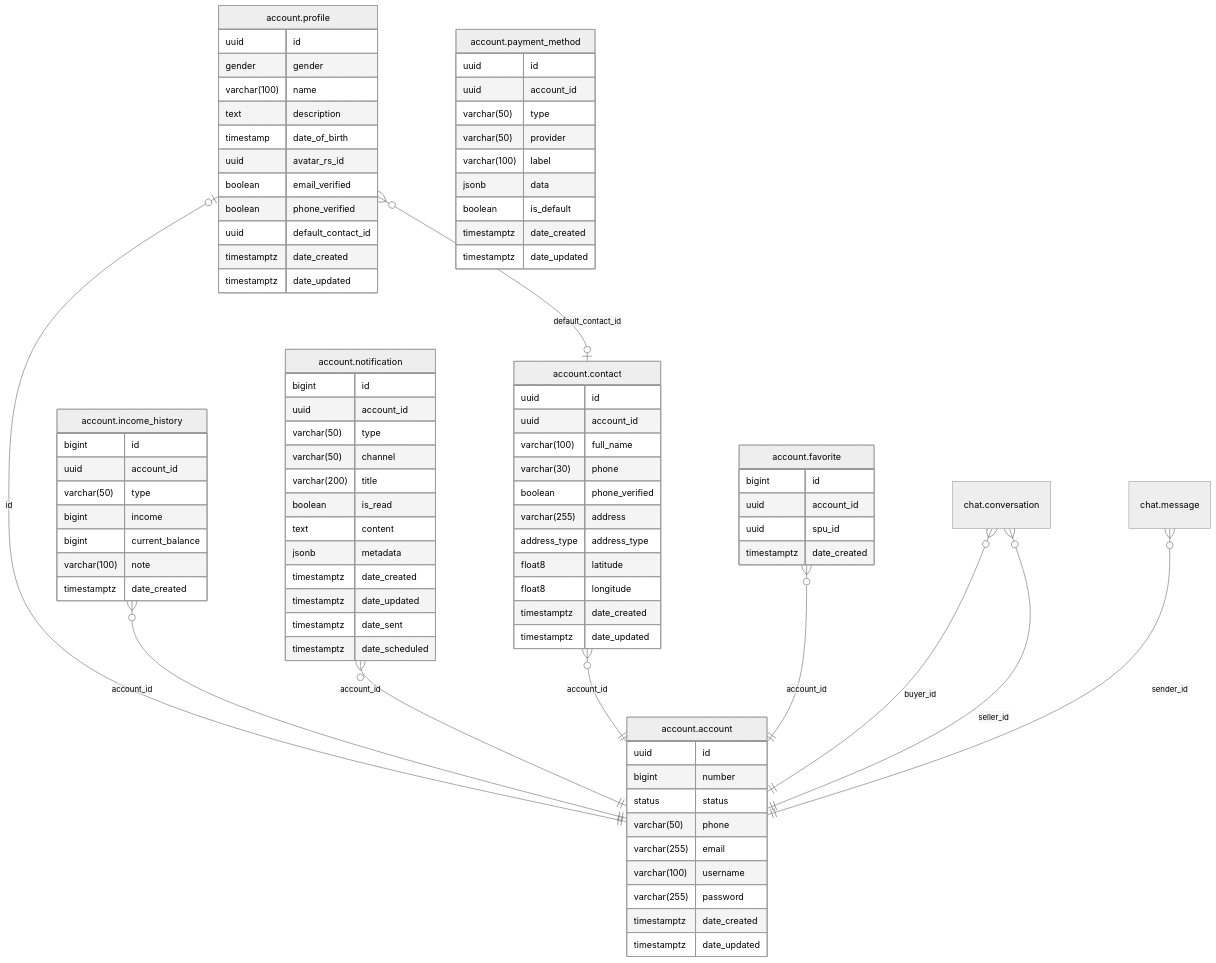
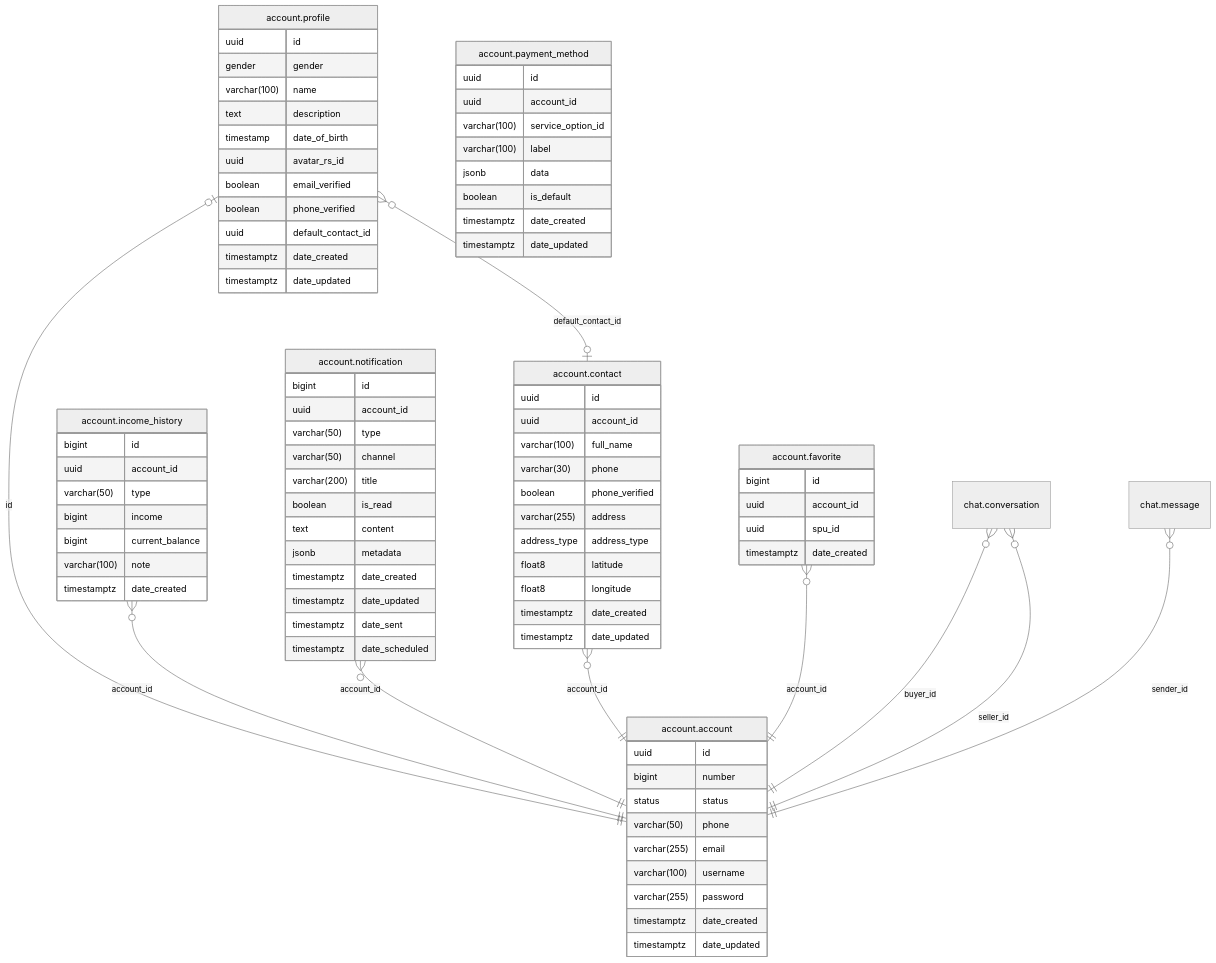
Before and after one commit to shopnexus/shopnexus-server: the diagram in internal/module/account/README.md, drawn with Mermaid (neutral theme). The commit also changed 2 other files, not shown here.

Commit message:
update schema

```diff
--- a/internal/module/account/README.md
+++ b/internal/module/account/README.md
@@ -77,8 +77,7 @@
 "account.payment_method" {
   uuid id
   uuid account_id
-  varchar(50) type
-  varchar(50) provider
+  varchar(100) service_option_id
   varchar(100) label
   jsonb data
   boolean is_default
```
